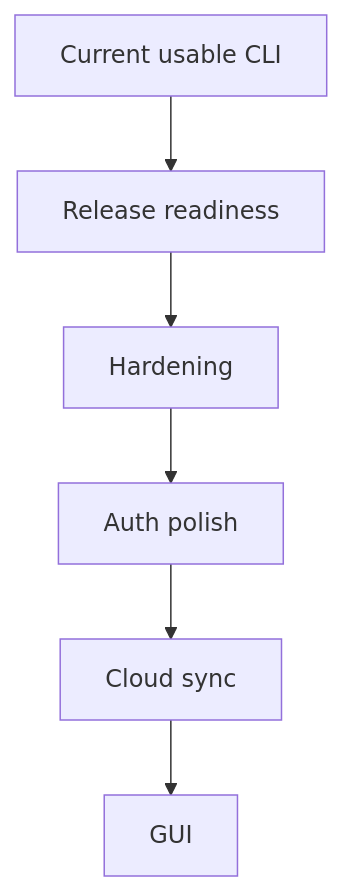
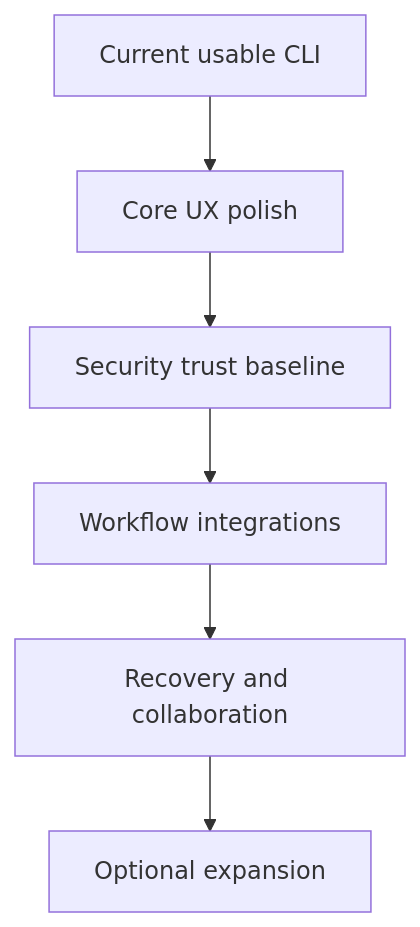
Before and after one commit to obsidia-systems/envlt: the diagram in docs/roadmap.md, drawn with Mermaid. The commit also changed other lines of this file and 23 other files, not shown here.

````diff
--- a/docs/roadmap.md
+++ b/docs/roadmap.md
@@ -79,8 +115,8 @@
 ```mermaid
 flowchart TD
-    A[Current usable CLI] --> B[Release readiness]
-    B --> C[Hardening]
-    C --> D[Auth polish]
-    D --> E[Cloud sync]
-    E --> F[GUI]
+    A[Current usable CLI] --> B[Core UX polish]
+    B --> C[Security trust baseline]
+    C --> D[Workflow integrations]
+    D --> E[Recovery and collaboration]
+    E --> F[Optional expansion]
 ```
````
